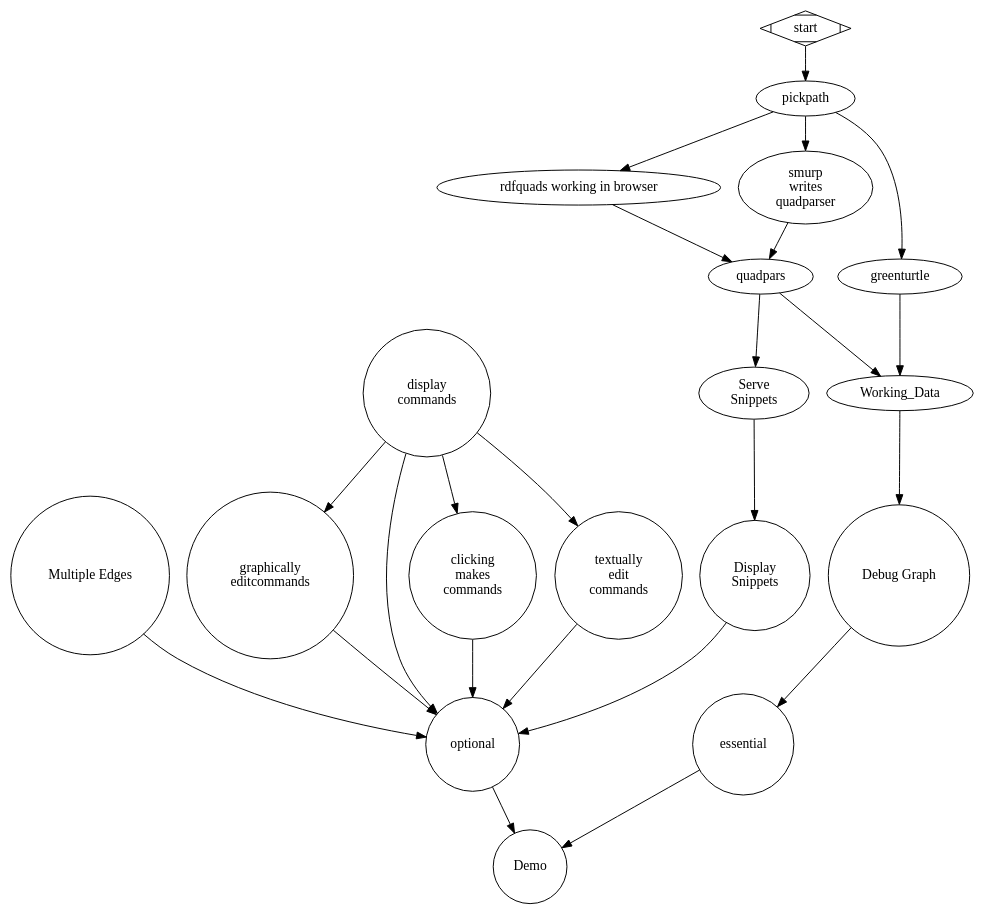
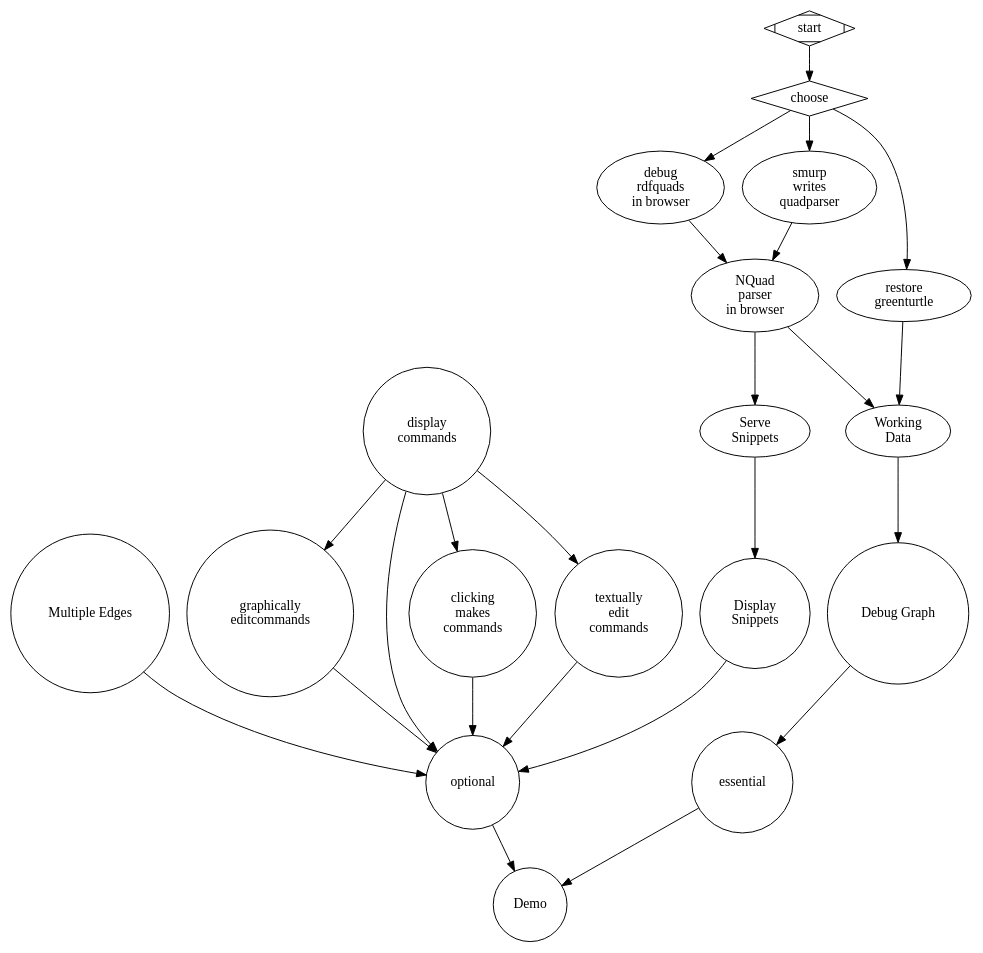
One commit to smurp/huviz changed the diagram in docs/dependencies.dot. Above: the diagram before and after it, drawn with Graphviz. The commit also changed 1 other file, not shown here.

Commit message:
dependencies quite true

```diff
--- a/docs/dependencies.dot
+++ b/docs/dependencies.dot
@@ -1,70 +1,77 @@
 /*
-	dot -T svg -o dependencies.svg dependencies.dot 
+
+   dot -T pdf -o dependencies.pdf dependencies.dot
+   dot -T svg -o dependencies.svg dependencies.dot 
 
    See:
      http://www.graphviz.org/content/cluster
 
    NODE_A   enables   NODE_B;
    serve      ->      display;
 */
 
 digraph huviz_plan {
 	randkdir=LR;
 
 	subgraph qp {
 		 color=lightgrey;
 		 style=filled;
 		 label="NQuad parser";
-		 rdfquads[label="rdfquads working in browser"];
-		 smurpquads[label="smurp\nwrites\nquadparser"];
-		 rdfquads -> quadpars;
-		 smurpquads -> quadpars;
+		 rdfquads;
+		 smurpquads;
+		 greenturtle;
 	}
 
+        rdfquads[label="debug\nrdfquads\nin browser"];
+	smurpquads[label="smurp\nwrites\nquadparser"];
+
+	smurpquads -> quadpars;
+	rdfquads -> quadpars;
+	quadpars[label="NQuad\nparser\nin browser"];
+	greenturtle[label="restore\ngreenturtle"];
 	greenturtle -> workdata;
 	
-	workdata[label="Working_Data"];
+	workdata[label="Working\nData"];
 	start[shape=Mdiamond];
+	pickpath[label="choose",shape=diamond];
 	start -> pickpath;
 	pickpath -> smurpquads;
 	pickpath -> rdfquads;
 	pickpath -> greenturtle;
 	quadpars -> workdata;
 
 	quadpars -> servsnip;
-	
-
 
 	node [shape = circle];
 	dg[label="Debug Graph"];
 
 	essential -> Demo;
 	optional -> Demo;
 	dispsnip -> optional;
 	
 	workdata -> dg;
 
 	servsnip -> dispsnip;
 	
 	dispsnip[label="Display\nSnippets"];
     	servsnip[label="Serve\nSnippets"];
 	me[label="Multiple Edges"];
 	dg -> essential;
 	me -> optional;
 	dispcom[label="display\ncommands"];
 
 	clkcom[label="clicking\nmakes\ncommands"];
 	dispcom -> clkcom;
 
 	txtedcom[label="textually\nedit\ncommands"];
         dispcom -> txtedcom;
 
 	gredcom[label="graphically\nedit\commands"];
 	dispcom -> gredcom;
 
 	dispcom -> optional;
 	txtedcom -> optional;
 	gredcom -> optional;
 	clkcom -> optional;
 
 }
```
